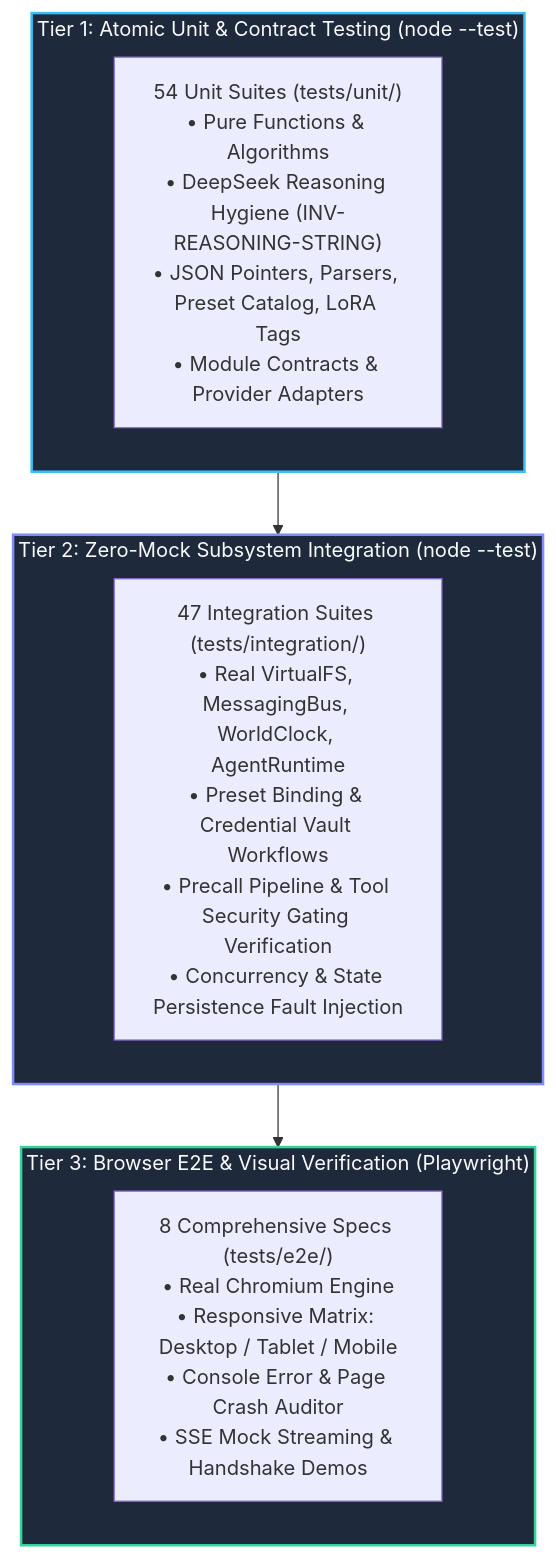
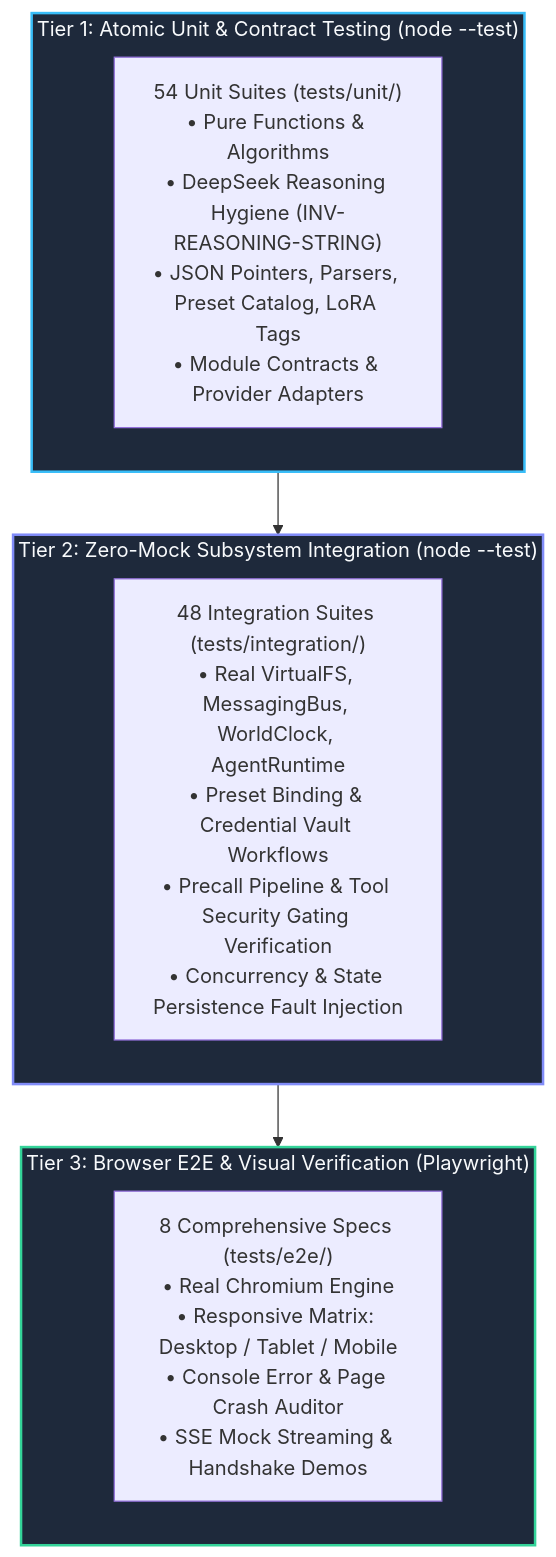
Before and after one commit to crestfallnafterdark/nightcurtain: the first of 3 diagrams in docs/testing/testing_strategy.md, drawn with Mermaid. The commit also changed other lines of this file and 4 other files, not shown here.

````diff
--- a/docs/testing/testing_strategy.md
+++ b/docs/testing/testing_strategy.md
@@ -15,24 +15,24 @@
 ```mermaid
 graph TD
     subgraph L3["Tier 3: Browser E2E & Visual Verification (Playwright)"]
         E2E["8 Comprehensive Specs (tests/e2e/)<br/>• Real Chromium Engine<br/>• Responsive Matrix: Desktop / Tablet / Mobile<br/>• Console Error & Page Crash Auditor<br/>• SSE Mock Streaming & Handshake Demos"]
     end
 
     subgraph L2["Tier 2: Zero-Mock Subsystem Integration (node --test)"]
-        INT["47 Integration Suites (tests/integration/)<br/>• Real VirtualFS, MessagingBus, WorldClock, AgentRuntime<br/>• Preset Binding & Credential Vault Workflows<br/>• Precall Pipeline & Tool Security Gating Verification<br/>• Concurrency & State Persistence Fault Injection"]
+        INT["48 Integration Suites (tests/integration/)<br/>• Real VirtualFS, MessagingBus, WorldClock, AgentRuntime<br/>• Preset Binding & Credential Vault Workflows<br/>• Precall Pipeline & Tool Security Gating Verification<br/>• Concurrency & State Persistence Fault Injection"]
     end
 
     subgraph L1["Tier 1: Atomic Unit & Contract Testing (node --test)"]
         UNIT["54 Unit Suites (tests/unit/)<br/>• Pure Functions & Algorithms<br/>• DeepSeek Reasoning Hygiene (INV-REASONING-STRING)<br/>• JSON Pointers, Parsers, Preset Catalog, LoRA Tags<br/>• Module Contracts & Provider Adapters"]
     end
 
     L1 --> L2
     L2 --> L3
 
     classDef l1 fill:#1e293b,stroke:#38bdf8,stroke-width:2px,color:#f8fafc;
     classDef l2 fill:#1e293b,stroke:#818cf8,stroke-width:2px,color:#f8fafc;
     classDef l3 fill:#1e293b,stroke:#34d399,stroke-width:2px,color:#f8fafc;
     class L1 l1;
     class L2 l2;
     class L3 l3;
 ```
````
